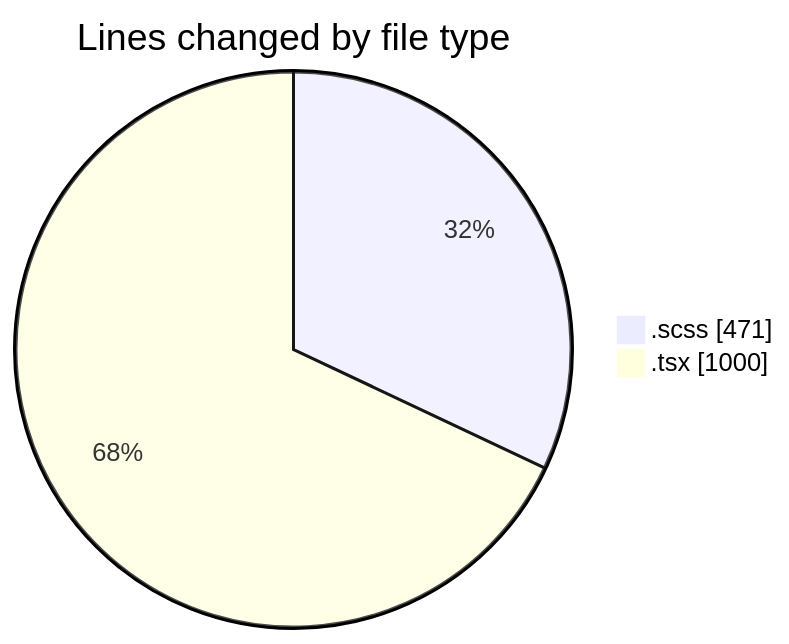
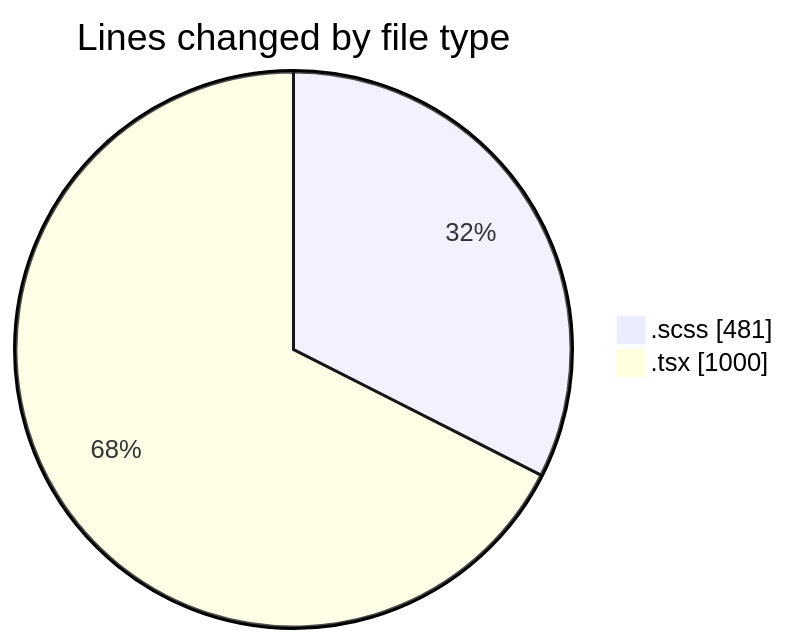
The first of 2 diagrams in 2025-03-28/cda/README.md (momahboobian/code-tracking), drawn with Mermaid before and after one commit. The commit also changed other lines of this file and 1 other file, not shown here.

````diff
--- a/2025-03-28/cda/README.md
+++ b/2025-03-28/cda/README.md
@@ -23,6 +23,6 @@
 ```mermaid
 pie showData
 title Lines changed by file type
-".scss" : 471
+".scss" : 481
 ".tsx" : 1000
 ```
````
